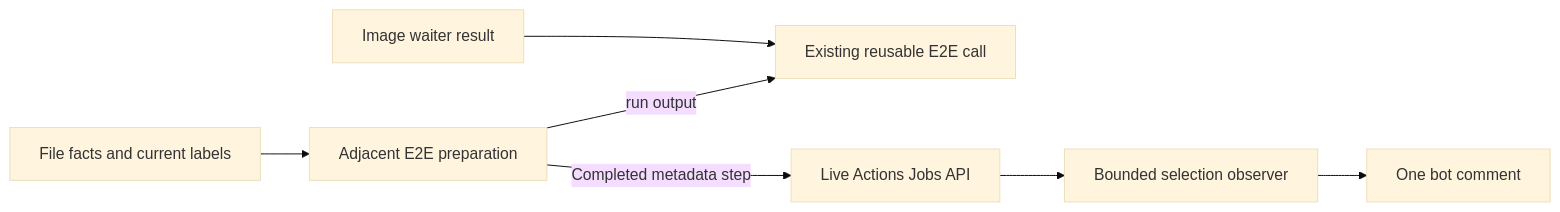
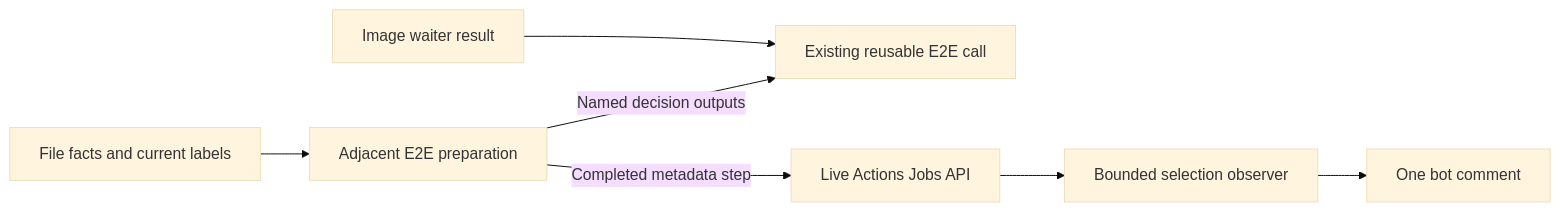
One commit to stackrox/stackrox changed the second of 2 diagrams in ci/native-selectors/README.md. Above: the diagram before and after it, drawn with Mermaid (base theme). The commit also changed other lines of this file and 7 other files, not shown here.

````diff
--- a/ci/native-selectors/README.md
+++ b/ci/native-selectors/README.md
@@ -63,9 +65,9 @@
 ```mermaid
 flowchart LR
   F[File facts and current labels] --> S[Adjacent E2E preparation]
-  S -->|run output| E[Existing reusable E2E call]
+  S -->|Named decision outputs| E[Existing reusable E2E call]
   I[Image waiter result] --> E
   S -->|Completed metadata step| A[Live Actions Jobs API]
   A --> R[Bounded selection observer]
   R --> C[One bot comment]
 ```
````
